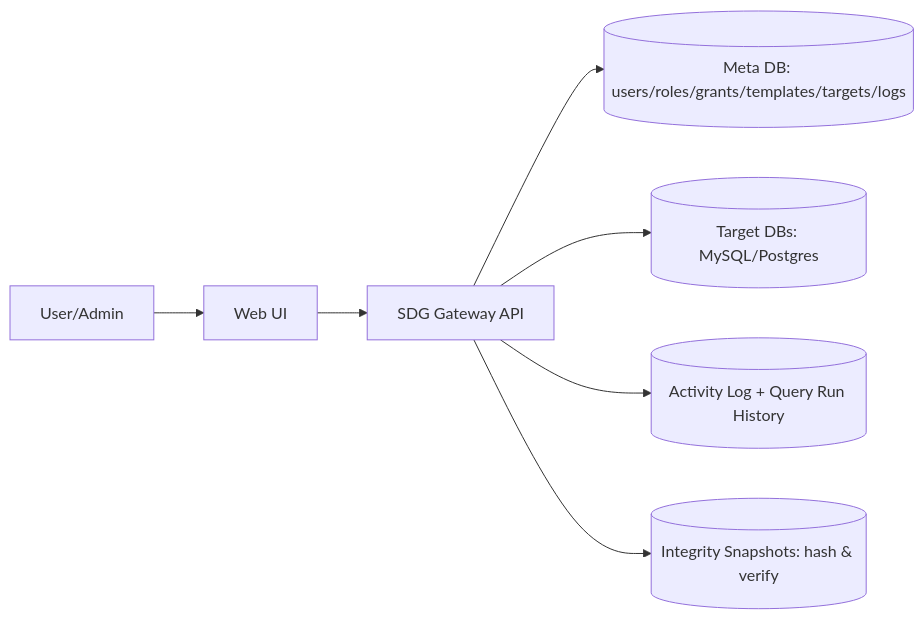
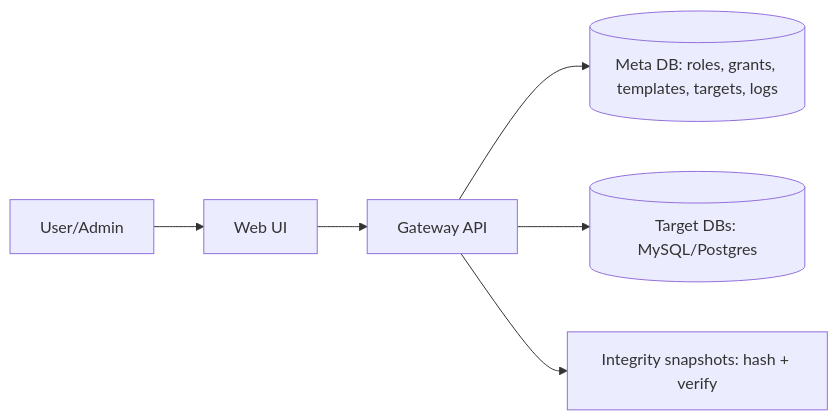
The diagram in README.md (badrnkarim/sdg-secure-db-gateway-showcase), drawn with Mermaid before and after one commit. The commit also changed other lines of this file and 11 other files, not shown here.

````diff
--- a/README.md
+++ b/README.md
@@ -24,9 +39,8 @@
 ```mermaid
 flowchart LR
   U[User/Admin] --> UI[Web UI]
-  UI --> API[SDG Gateway API]
-  API --> META[(Meta DB: users/roles/grants/templates/targets/logs)]
-  API --> T1[(Target DBs: MySQL/Postgres)]
-  API --> LOGS[(Activity Log + Query Run History)]
-  API --> INTEG[(Integrity Snapshots: hash & verify)]
+  UI --> API[Gateway API]
+  API --> META[(Meta DB: roles, grants, templates, targets, logs)]
+  API --> TDB[(Target DBs: MySQL/Postgres)]
+  API --> INTEG[Integrity snapshots: hash + verify]
 ```
````
